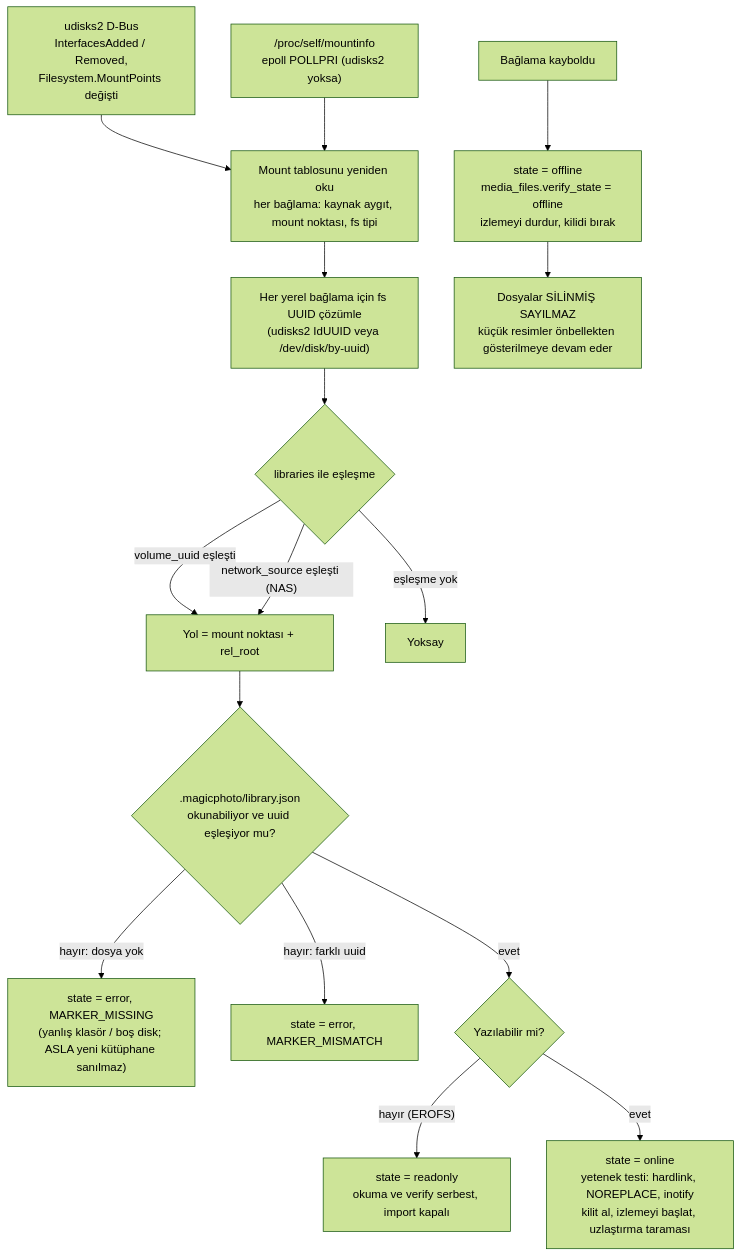
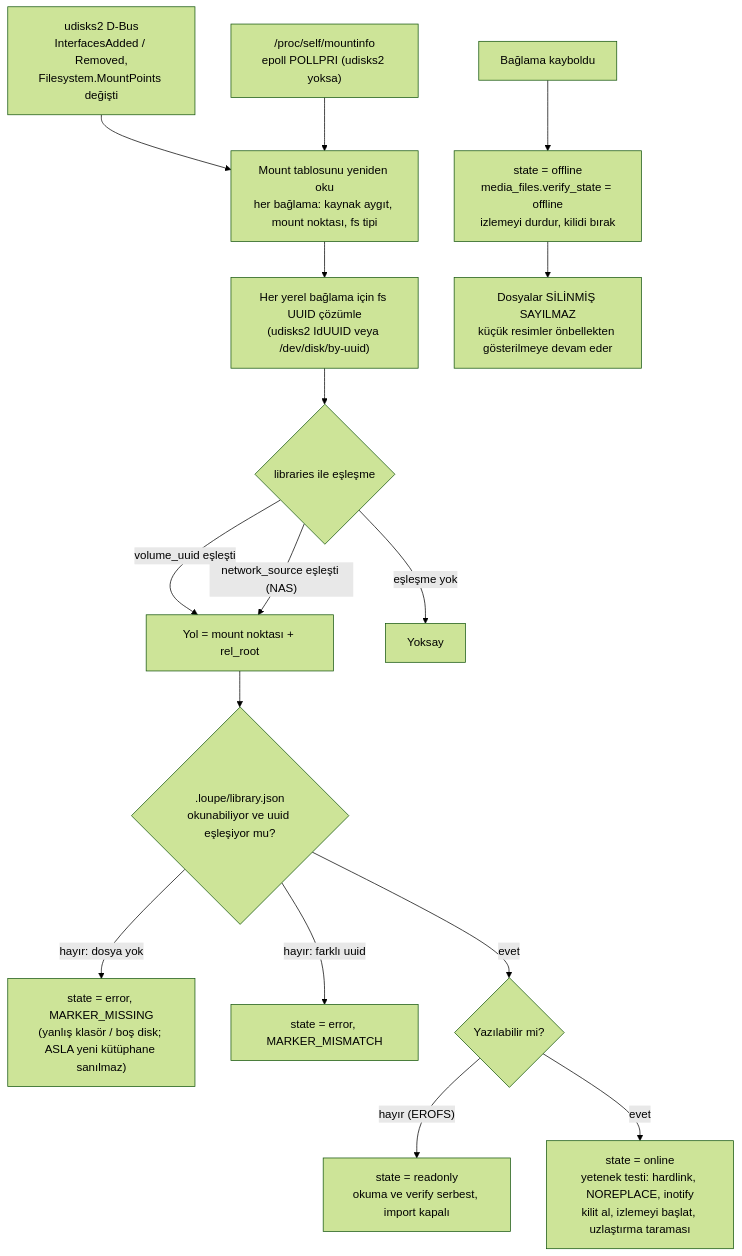
The third of 8 diagrams in docs/rfc/RFC-001A-veritabani-ve-depolama.md (kaptanoguz/Loupe), drawn with Mermaid (forest theme) before and after one commit. The commit also changed other lines of this file and 3 other files, not shown here.

````diff
--- a/docs/rfc/RFC-001A-veritabani-ve-depolama.md
+++ b/docs/rfc/RFC-001A-veritabani-ve-depolama.md
@@ -316,19 +316,19 @@
 ```mermaid
 flowchart TD
   S1["udisks2 D-Bus<br/>InterfacesAdded / Removed,<br/>Filesystem.MountPoints değişti"] --> E
   S2["/proc/self/mountinfo<br/>epoll POLLPRI (udisks2 yoksa)"] --> E
   E["Mount tablosunu yeniden oku<br/>her bağlama: kaynak aygıt, mount noktası, fs tipi"]
   E --> U["Her yerel bağlama için fs UUID çözümle<br/>(udisks2 IdUUID veya /dev/disk/by-uuid)"]
   U --> M{"libraries ile eşleşme"}
   M -- "volume_uuid eşleşti" --> P["Yol = mount noktası + rel_root"]
   M -- "network_source eşleşti (NAS)" --> P
   M -- "eşleşme yok" --> X["Yoksay"]
-  P --> K{".magicphoto/library.json<br/>okunabiliyor ve uuid eşleşiyor mu?"}
+  P --> K{".loupe/library.json<br/>okunabiliyor ve uuid eşleşiyor mu?"}
   K -- "hayır: dosya yok" --> K1["state = error, MARKER_MISSING<br/>(yanlış klasör / boş disk; ASLA yeni kütüphane sanılmaz)"]
   K -- "hayır: farklı uuid" --> K2["state = error, MARKER_MISMATCH"]
   K -- evet --> W{"Yazılabilir mi?"}
   W -- "hayır (EROFS)" --> R["state = readonly<br/>okuma ve verify serbest, import kapalı"]
   W -- evet --> O["state = online<br/>yetenek testi: hardlink, NOREPLACE, inotify<br/>kilit al, izlemeyi başlat, uzlaştırma taraması"]
   D["Bağlama kayboldu"] --> F["state = offline<br/>media_files.verify_state = offline<br/>izlemeyi durdur, kilidi bırak"]
   F --> N["Dosyalar SİLİNMİŞ SAYILMAZ<br/>küçük resimler önbellekten gösterilmeye devam eder"]
 ```
````
